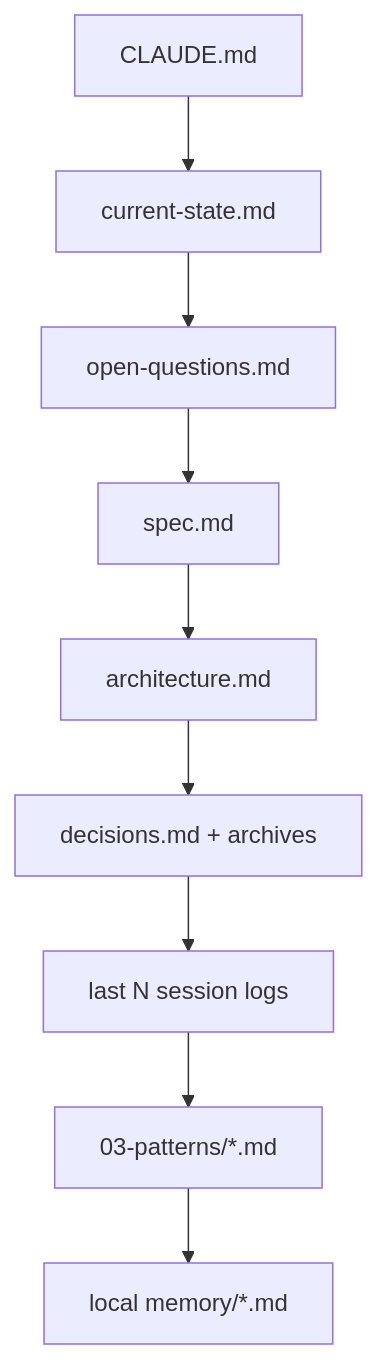
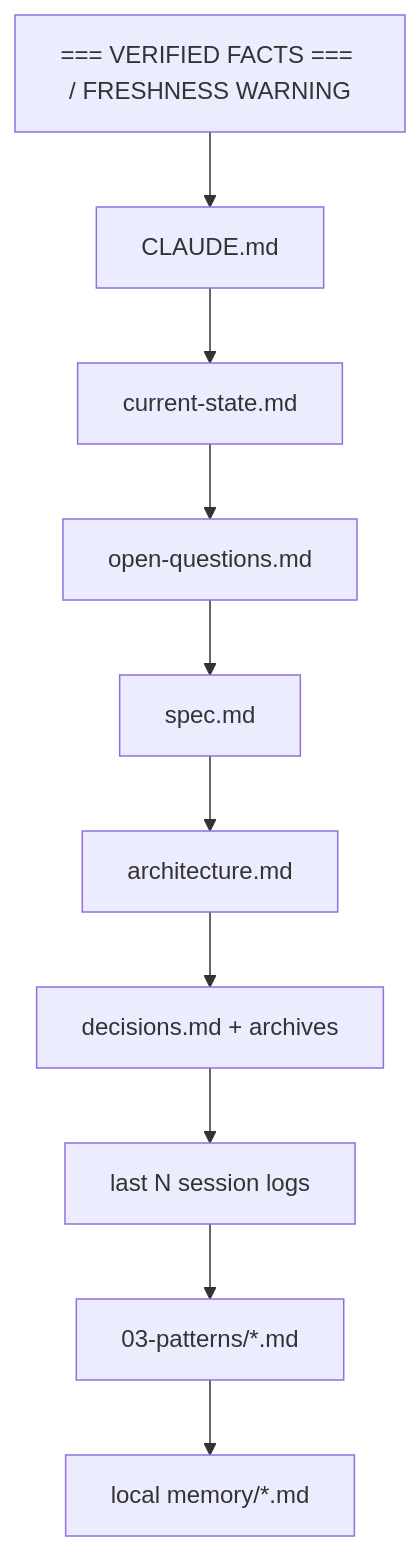
The second of 3 diagrams in docs/06-hooks.md (ziadmomen10/zaude), drawn with Mermaid before and after one commit. The commit also changed other lines of this file and 2 other files, not shown here.

First line of the commit message:
docs(v0.3.0): changelog + hooks + commands for status-freshness

````diff
--- a/docs/06-hooks.md
+++ b/docs/06-hooks.md
@@ -67,11 +75,12 @@
 ```mermaid
 flowchart TB
-    A[CLAUDE.md] --> B[current-state.md]
+    VF[=== VERIFIED FACTS === / FRESHNESS WARNING] --> A[CLAUDE.md]
+    A --> B[current-state.md]
     B --> C[open-questions.md]
     C --> D[spec.md]
     D --> E[architecture.md]
     E --> F[decisions.md + archives]
     F --> G[last N session logs]
     G --> H[03-patterns/*.md]
     H --> I[local memory/*.md]
 ```
````
